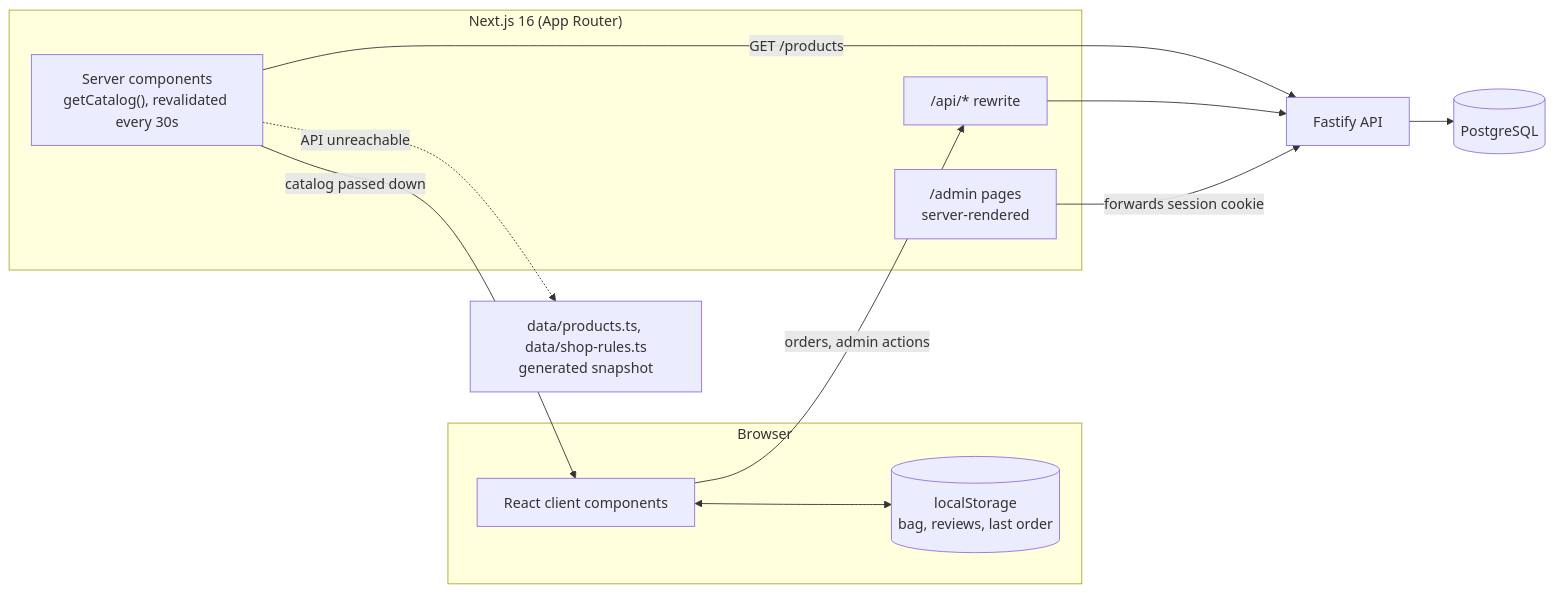
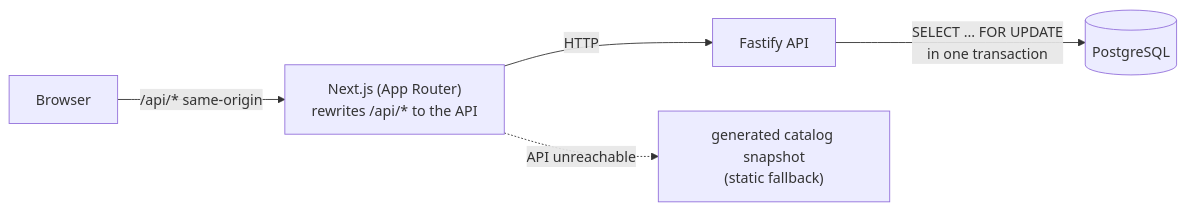
The first of 2 diagrams in README.md (alieldeenahmed/Freyya), drawn with Mermaid before and after one commit. The commit also changed other lines of this file, not shown here.

````diff
--- a/README.md
+++ b/README.md
@@ -84,24 +101,7 @@
 ```mermaid
 flowchart LR
-  subgraph Browser
-    UI["React client components"]
-    LS[("localStorage<br/>bag, reviews, last order")]
-  end
-  subgraph Next["Next.js 16 (App Router)"]
-    SC["Server components<br/>getCatalog(), revalidated every 30s"]
-    AD["/admin pages<br/>server-rendered"]
-    PX["/api/* rewrite"]
-  end
-  API["Fastify API"]
-  DB[("PostgreSQL")]
-  SNAP["data/products.ts, data/shop-rules.ts<br/>generated snapshot"]
-
-  SC -->|"GET /products"| API
-  SC -.->|"API unreachable"| SNAP
-  SC -->|"catalog passed down"| UI
-  UI <--> LS
-  UI -->|"orders, admin actions"| PX
-  PX --> API
-  AD -->|"forwards session cookie"| API
-  API --> DB
+  Browser -->|"/api/* same-origin"| Next["Next.js (App Router)\nrewrites /api/* to the API"]
+  Next -->|"HTTP"| API["Fastify API"]
+  API -->|"SELECT ... FOR UPDATE\nin one transaction"| DB[("PostgreSQL")]
+  Next -.->|"API unreachable"| Snapshot["generated catalog snapshot\n(static fallback)"]
 ```
````
